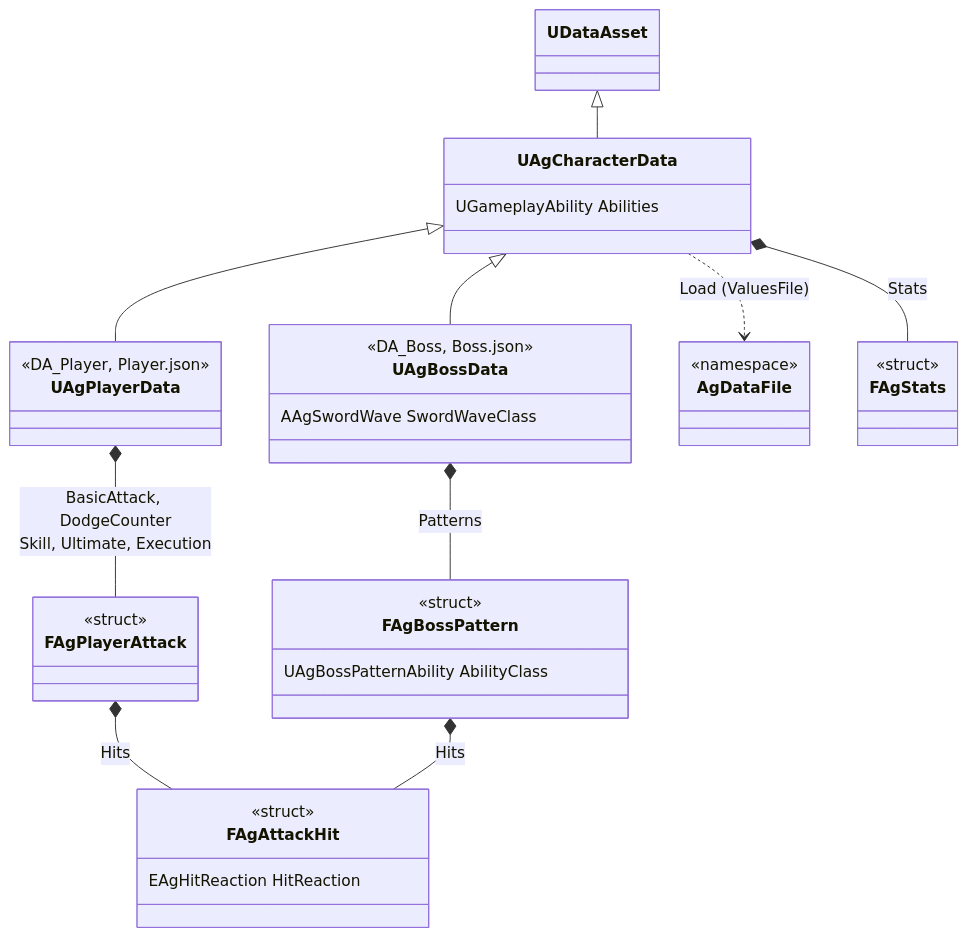
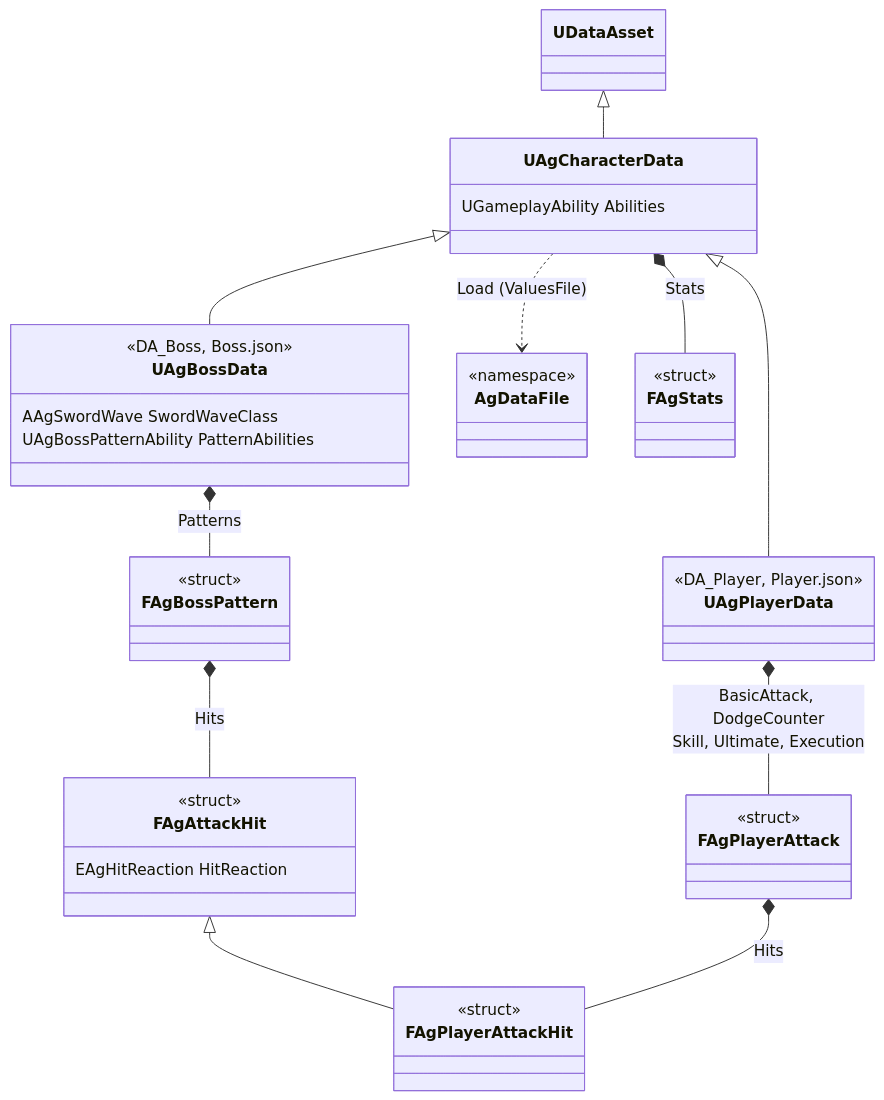
One commit to Woogl/Ag changed the tenth of 19 diagrams in Docs/Program/클래스 구조도.md. Above: the diagram before and after it, drawn with Mermaid. The commit also changed 1 other file, not shown here.

Commit message:
구현 계획서: JSON에는 기획 값만, 구현 값과 코드 연결은 DataAsset과 프로젝트 설정에 ('데이터')
- 형식: 기획서에 적힌 값 가운데 기획자가 밸런싱하고 조절하는 값만 JSON에 둡니다.
  - 기획서에 없는 구현 값과 코드 연결(시작할 때 주는 어빌리티, 패턴을 실행하는 어빌리티와 쿨다운 태그,
    소켓과 본 이름)은 캐릭터 DataAsset에 둡니다.
  - 모든 캐릭터에 공통인 구현 값(리젠 적용 간격, 래그돌 밀림 속도)은 프로젝트 설정 'Ag'에 둡니다.
- 공격 데이터: 플레이어 공격만 MP·UP 충전, 큰 대미지 숫자, 마지막 일격을 가집니다.
- 다시 읽기: JSON에서 다시 넣는 값은 리젠과 보스 이름입니다.
- 데이터 위치표: 무기 날·소켓, 시작할 때 주는 어빌리티, 처형 간격, 락온 마커·처형 안내의 본, 패턴 어빌리티를
  DataAsset으로, 리젠 적용 간격과 래그돌 밀림 속도를 프로젝트 설정으로 옮기고, 패턴 쿨다운 태그 행을 더했습니다.
- 클래스 구조도 '캐릭터 데이터': FAgPlayerAttackHit을 더하고 패턴 어빌리티를 UAgBossData로 옮겼습니다.

````diff
--- a/Docs/Program/클래스 구조도.md
+++ b/Docs/Program/클래스 구조도.md
@@ -360,41 +360,45 @@
 ```mermaid
 classDiagram
     direction TB
     class UAgCharacterData {
         UGameplayAbility Abilities
     }
     class UAgPlayerData {
         <<DA_Player, Player.json>>
     }
     class UAgBossData {
         <<DA_Boss, Boss.json>>
         AAgSwordWave SwordWaveClass
+        UAgBossPatternAbility PatternAbilities
     }
     class AgDataFile {
         <<namespace>>
     }
     class FAgStats {
         <<struct>>
     }
     class FAgPlayerAttack {
         <<struct>>
     }
     class FAgBossPattern {
         <<struct>>
-        UAgBossPatternAbility AbilityClass
     }
     class FAgAttackHit {
         <<struct>>
         EAgHitReaction HitReaction
+    }
+    class FAgPlayerAttackHit {
+        <<struct>>
     }
     UDataAsset <|-- UAgCharacterData
     UAgCharacterData <|-- UAgPlayerData
     UAgCharacterData <|-- UAgBossData
     UAgCharacterData ..> AgDataFile : Load (ValuesFile)
 
     UAgCharacterData *-- FAgStats : Stats
     UAgPlayerData *-- FAgPlayerAttack : BasicAttack, DodgeCounter<br>Skill, Ultimate, Execution
     UAgBossData *-- FAgBossPattern : Patterns
-    FAgPlayerAttack *-- FAgAttackHit : Hits
+    FAgAttackHit <|-- FAgPlayerAttackHit
+    FAgPlayerAttack *-- FAgPlayerAttackHit : Hits
     FAgBossPattern *-- FAgAttackHit : Hits
 ```
````
